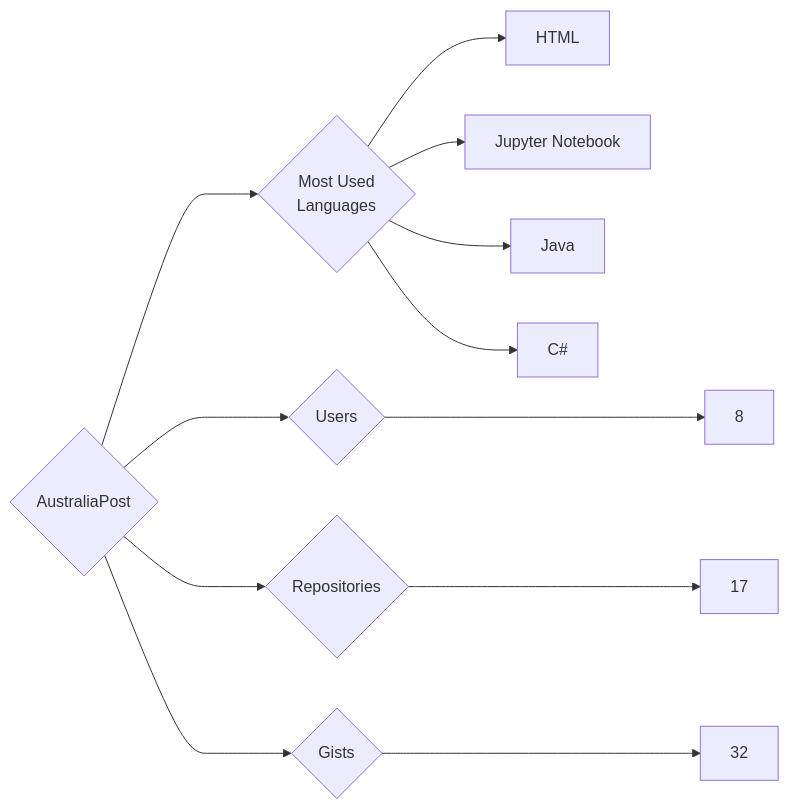
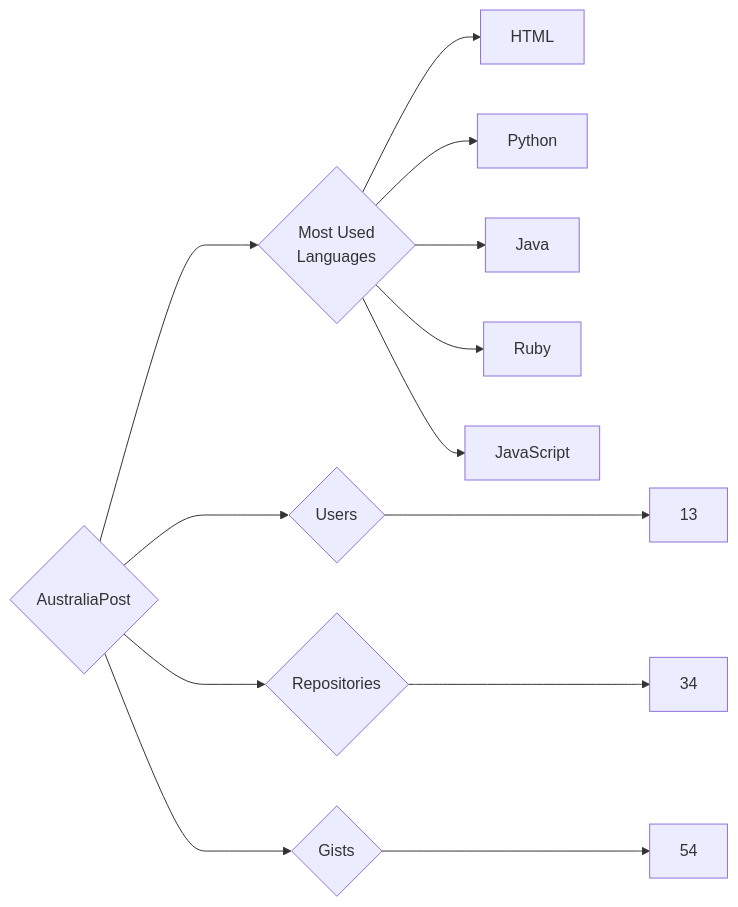
The diagram in targets/AustraliaPost/README.md (trickest/insiders), drawn with Mermaid before and after one commit. The commit also changed 611 other files, not shown here.

````diff
--- a/targets/AustraliaPost/README.md
+++ b/targets/AustraliaPost/README.md
@@ -3,12 +3,13 @@
 ```mermaid
 graph LR
 COMPANY_NAME{AustraliaPost}
-COMPANY_NAME ---> U{Users} ---> UN[8]
-COMPANY_NAME ---> R{Repositories} ---> RN[17]
-COMPANY_NAME ---> G{Gists} ---> GN[32]
+COMPANY_NAME ---> U{Users} ---> UN[13]
+COMPANY_NAME ---> R{Repositories} ---> RN[34]
+COMPANY_NAME ---> G{Gists} ---> GN[54]
 COMPANY_NAME ---> ML{Most Used<br>Languages}
 ML --> HTML[HTML]
-ML --> Jupyter_Notebook[Jupyter Notebook]
+ML --> Python[Python]
 ML --> Java[Java]
-ML --> C#[C#]
+ML --> Ruby[Ruby]
+ML --> JavaScript[JavaScript]
 ```
````
